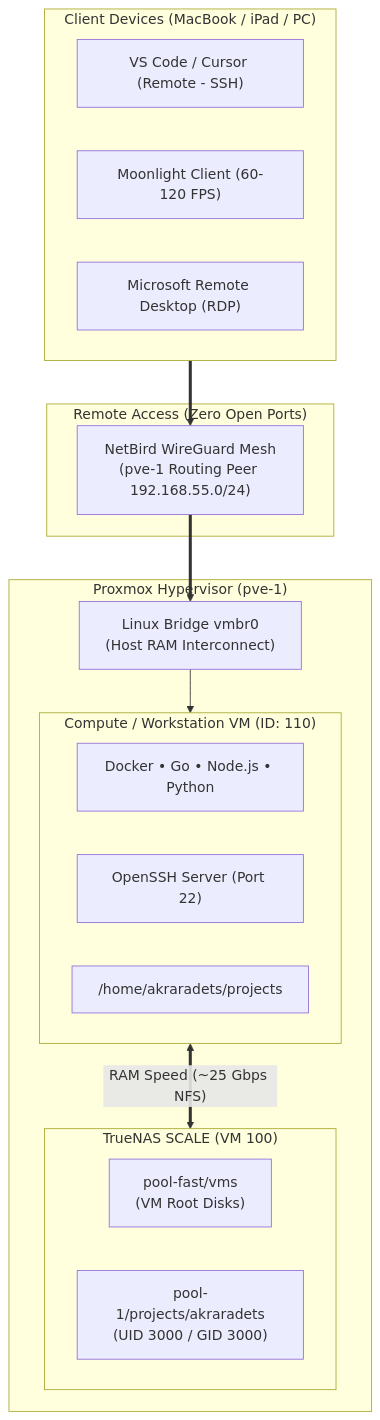
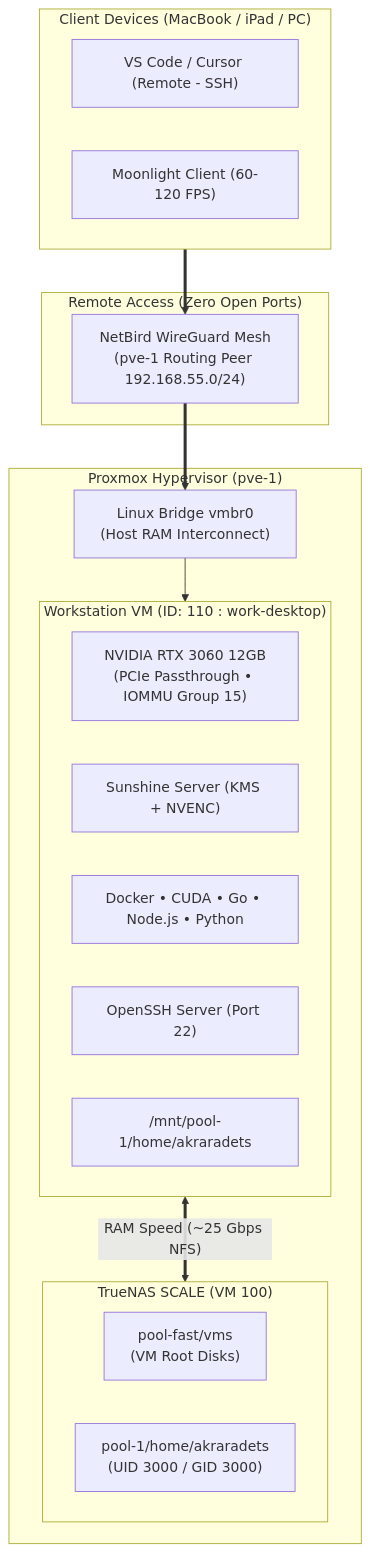
The diagram in docs/workstation.md (akraradets/homelab), drawn with Mermaid before and after one commit. The commit also changed other lines of this file and 7 other files, not shown here.

Commit message:
docs: consolidate work-desktop (VM 110) with RTX 3060 & harden Sunshine KMS service

````diff
--- a/docs/workstation.md
+++ b/docs/workstation.md
@@ -26,32 +24,33 @@
 ```mermaid
 flowchart TD
     subgraph Client ["Client Devices (MacBook / iPad / PC)"]
         VSCode["VS Code / Cursor (Remote - SSH)"]
         Moonlight["Moonlight Client (60-120 FPS)"]
-        RDP["Microsoft Remote Desktop (RDP)"]
     end
 
     subgraph RemoteMesh ["Remote Access (Zero Open Ports)"]
         NetBird["NetBird WireGuard Mesh\n(pve-1 Routing Peer 192.168.55.0/24)"]
     end
 
     subgraph PVE ["Proxmox Hypervisor (pve-1)"]
         VMBR["Linux Bridge vmbr0\n(Host RAM Interconnect)"]
         
-        subgraph ComputeVM ["Compute / Workstation VM (ID: 110)"]
-            DevTools["Docker • Go • Node.js • Python"]
+        subgraph ComputeVM ["Workstation VM (ID: 110 : work-desktop)"]
+            RTX["NVIDIA RTX 3060 12GB\n(PCIe Passthrough • IOMMU Group 15)"]
+            Sunshine["Sunshine Server (KMS + NVENC)"]
+            DevTools["Docker • CUDA • Go • Node.js • Python"]
             SSHD["OpenSSH Server (Port 22)"]
-            MountPoint["/home/akraradets/projects"]
+            MountPoint["/mnt/pool-1/home/akraradets"]
         end
 
         subgraph StorageVM ["TrueNAS SCALE (VM 100)"]
             ZFSFast["pool-fast/vms\n(VM Root Disks)"]
-            ZFSProjects["pool-1/projects/akraradets\n(UID 3000 / GID 3000)"]
+            ZFSProjects["pool-1/home/akraradets\n(UID 3000 / GID 3000)"]
         end
     end
 
     Client ==> NetBird
     NetBird ==> VMBR
     VMBR --> ComputeVM
     ComputeVM <== "RAM Speed (~25 Gbps NFS)" ==> StorageVM
 ```
````
